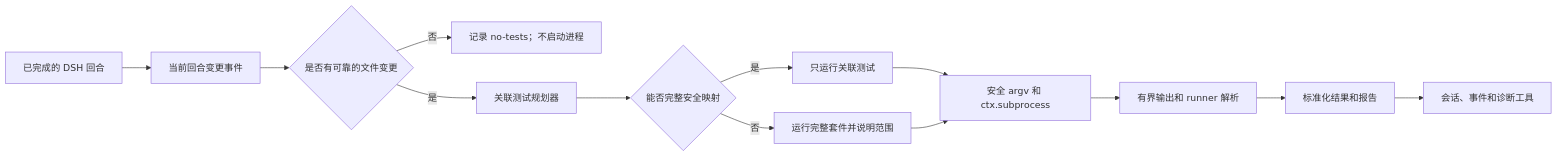
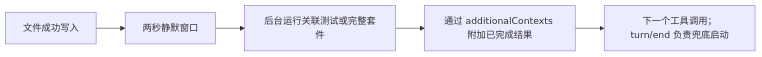
The diagram in README.zh.md (GooDAnDReaDY/dsh-test-pilot), drawn with Mermaid before and after one commit. The commit also changed other lines of this file and 13 other files, not shown here.

```diff
--- a/README.zh.md
+++ b/README.zh.md
@@ -51,15 +51,7 @@
 ~~~mermaid
 graph LR
-  A[已完成的 DSH 回合] --> B[当前回合变更事件]
-  B --> C{是否有可靠的文件变更}
-  C -- 否 --> D[记录 no-tests；不启动进程]
-  C -- 是 --> E[关联测试规划器]
-  E --> F{能否完整安全映射}
-  F -- 是 --> G[只运行关联测试]
-  F -- 否 --> H[运行完整套件并说明范围]
-  G --> I[安全 argv 和 ctx.subprocess]
-  H --> I
-  I --> J[有界输出和 runner 解析]
-  J --> K[标准化结果和报告]
-  K --> L[会话、事件和诊断工具]
+  A[文件成功写入] --> B[两秒静默窗口]
+  B --> C[后台运行关联测试或完整套件]
+  C --> D[通过 additionalContexts 附加已完成结果]
+  D --> E[下一个工具调用；turn/end 负责兜底启动]
 ~~~
```
